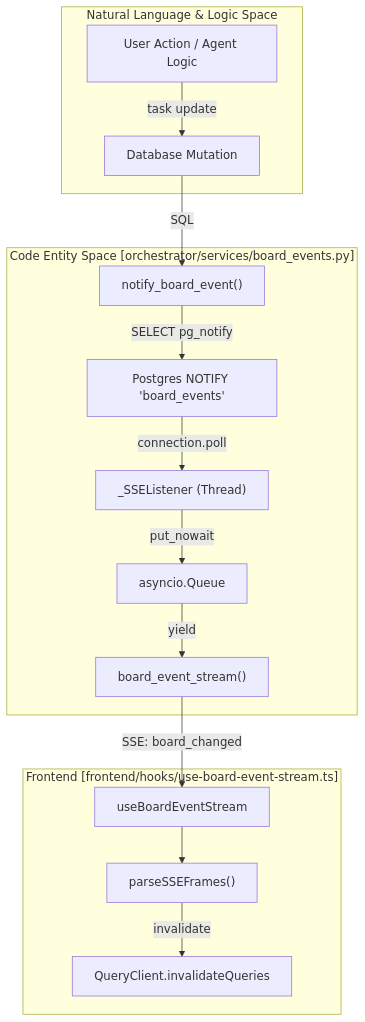
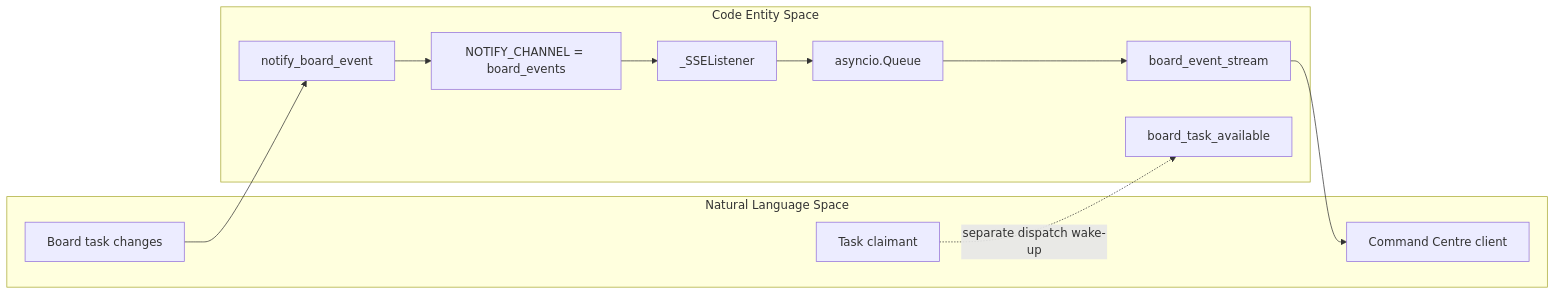
One commit to AutomatosAI/automatos-ai changed the first of 4 diagrams in docs/backend-architecture/real-time-updates.md. Above: the diagram before and after it, drawn with Mermaid. The commit also changed other lines of this file and 188 other files, not shown here.

First line of the commit message:
docs: refresh architecture docs and add coverage for new subsystems (#1416)

````diff
--- a/docs/backend-architecture/real-time-updates.md
+++ b/docs/backend-architecture/real-time-updates.md
@@ -57,31 +53,25 @@
 ```mermaid
-graph TD
-    subgraph "Natural Language & Logic Space"
-        User["User Action / Agent Logic"]
-        DB_Trigger["Database Mutation"]
+flowchart LR
+    subgraph "Natural Language Space"
+        Mutation["Board task changes"]
+        Client["Command Centre client"]
+        Claim["Task claimant"]
     end
 
-    subgraph "Code Entity Space [orchestrator/services/board_events.py]"
-        notify_board_event["notify_board_event()"]
-        PG_Notify["Postgres NOTIFY 'board_events'"]
-        SSEListener["_SSEListener (Thread)"]
-        AsyncQueue["asyncio.Queue"]
-        StreamGen["board_event_stream()"]
+    subgraph "Code Entity Space"
+        Notify["notify_board_event"]
+        Channel["NOTIFY_CHANNEL = board_events"]
+        Listener["_SSEListener"]
+        Queue["asyncio.Queue"]
+        Stream["board_event_stream"]
+        DispatchChannel["board_task_available"]
     end
 
-    subgraph "Frontend [frontend/hooks/use-board-event-stream.ts]"
-        Hook["useBoardEventStream"]
-        Parse["parseSSEFrames()"]
-        QueryClient["QueryClient.invalidateQueries"]
-    end
-
-    User -->|task update| DB_Trigger
-    DB_Trigger -->|SQL| notify_board_event
-    notify_board_event -->|SELECT pg_notify| PG_Notify
-    PG_Notify -->|connection.poll| SSEListener
-    SSEListener -->|put_nowait| AsyncQueue
-    AsyncQueue -->|yield| StreamGen
-    StreamGen -->|SSE: board_changed| Hook
-    Hook --> Parse
-    Parse -->|invalidate| QueryClient
+    Mutation --> Notify
+    Notify --> Channel
+    Channel --> Listener
+    Listener --> Queue
+    Queue --> Stream
+    Stream --> Client
+    Claim -. "separate dispatch wake-up" .-> DispatchChannel
 ```
````
